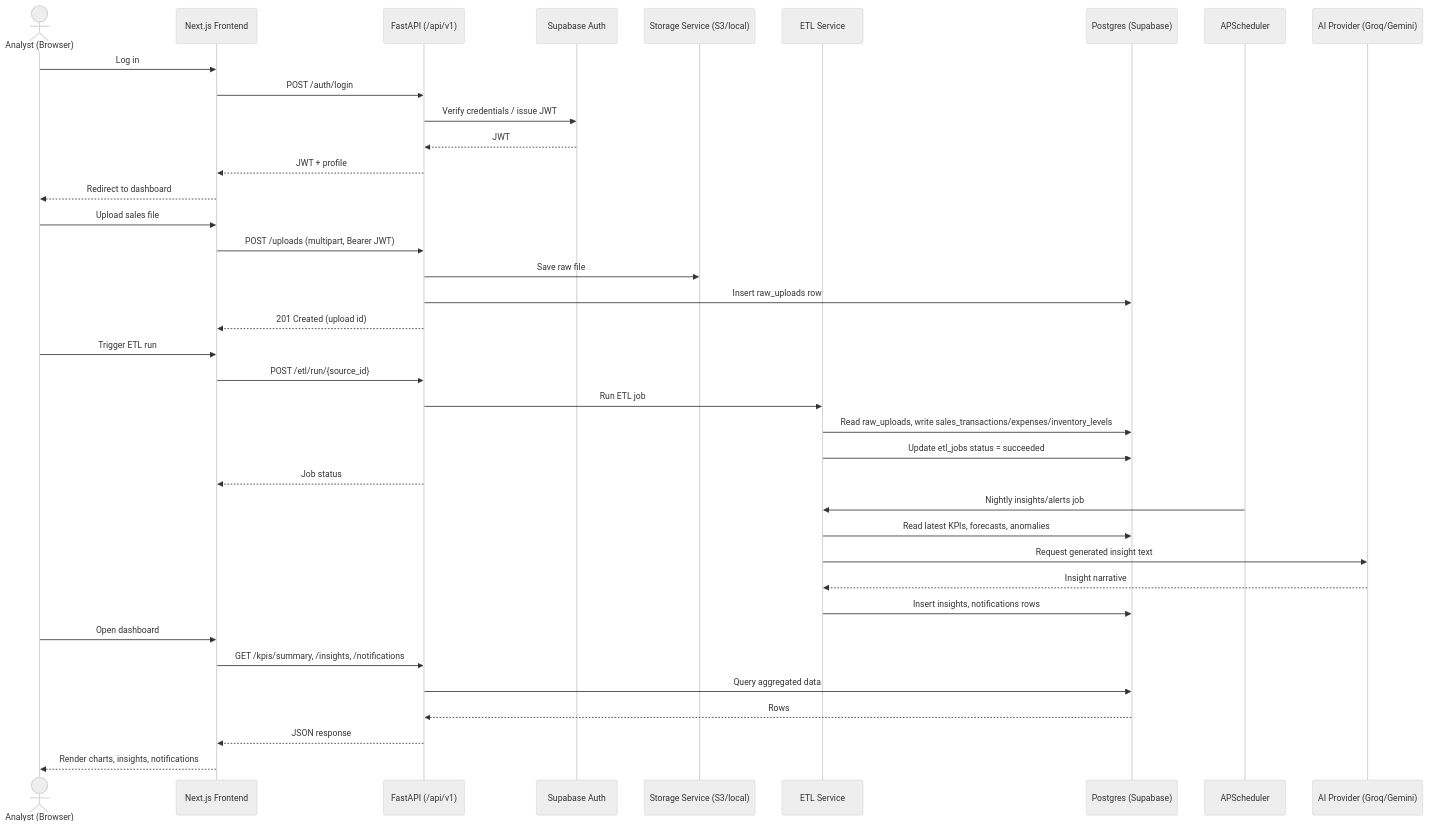
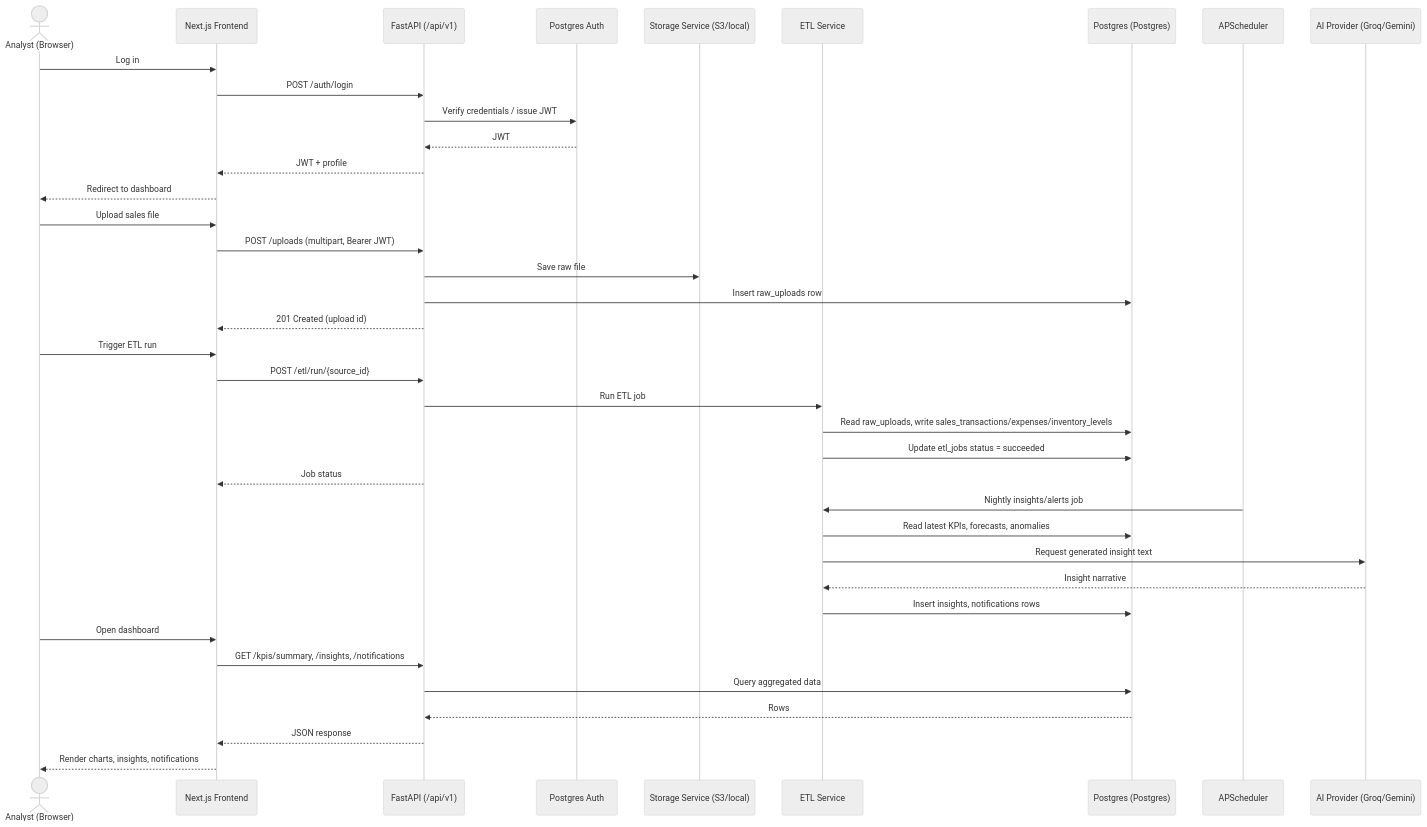
One commit to Cyrus700/business-intelligence-backend changed the third of 4 diagrams in ARCHITECTURE.md. Above: the diagram before and after it, drawn with Mermaid (neutral theme). The commit also changed other lines of this file and 20 other files, not shown here.

````diff
--- a/ARCHITECTURE.md
+++ b/ARCHITECTURE.md
@@ -109,45 +109,45 @@
 ```mermaid
 sequenceDiagram
     actor User as Analyst (Browser)
     participant FE as Next.js Frontend
     participant API as FastAPI (/api/v1)
-    participant Auth as Supabase Auth
+    participant Auth as Postgres Auth
     participant Store as Storage Service (S3/local)
     participant ETL as ETL Service
-    participant DB as Postgres (Supabase)
+    participant DB as Postgres (Postgres)
     participant Sched as APScheduler
     participant AI as AI Provider (Groq/Gemini)
 
     User->>FE: Log in
     FE->>API: POST /auth/login
     API->>Auth: Verify credentials / issue JWT
     Auth-->>API: JWT
     API-->>FE: JWT + profile
     FE-->>User: Redirect to dashboard
 
     User->>FE: Upload sales file
     FE->>API: POST /uploads (multipart, Bearer JWT)
     API->>Store: Save raw file
     API->>DB: Insert raw_uploads row
     API-->>FE: 201 Created (upload id)
 
     User->>FE: Trigger ETL run
     FE->>API: POST /etl/run/{source_id}
     API->>ETL: Run ETL job
     ETL->>DB: Read raw_uploads, write sales_transactions/expenses/inventory_levels
     ETL->>DB: Update etl_jobs status = succeeded
     API-->>FE: Job status
 
     Sched->>ETL: Nightly insights/alerts job
     ETL->>DB: Read latest KPIs, forecasts, anomalies
     ETL->>AI: Request generated insight text
     AI-->>ETL: Insight narrative
     ETL->>DB: Insert insights, notifications rows
 
     User->>FE: Open dashboard
     FE->>API: GET /kpis/summary, /insights, /notifications
     API->>DB: Query aggregated data
     DB-->>API: Rows
     API-->>FE: JSON response
     FE-->>User: Render charts, insights, notifications
 ```
````
